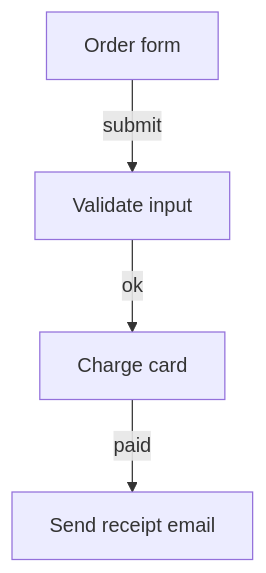
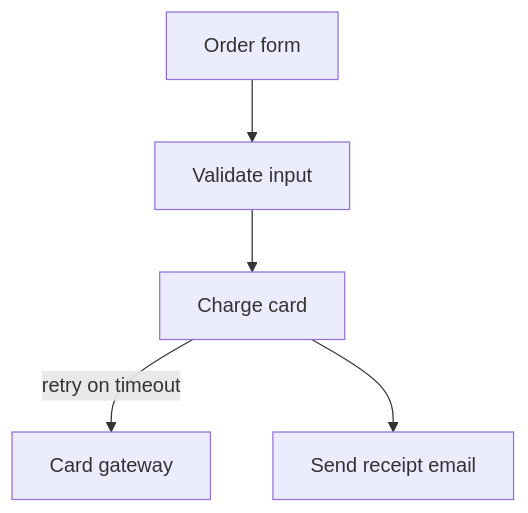
The diagram in skills/whiteboard/example.mmd (bobocs50/bobo-cooking-stack), drawn with Mermaid before and after one commit. The commit also changed 2 other files, not shown here.

```diff
--- a/skills/whiteboard/example.mmd
+++ b/skills/whiteboard/example.mmd
@@ -1,4 +1,5 @@
 flowchart TD
-    form[Order form] -->|submit| validate[Validate input]
-    validate -->|ok| charge[Charge card]
-    charge -->|paid| email[Send receipt email]
+    form[Order form] --> validate[Validate input]
+    validate --> charge[Charge card]
+    charge -->|retry on timeout| gateway[Card gateway]
+    charge --> email[Send receipt email]
```
